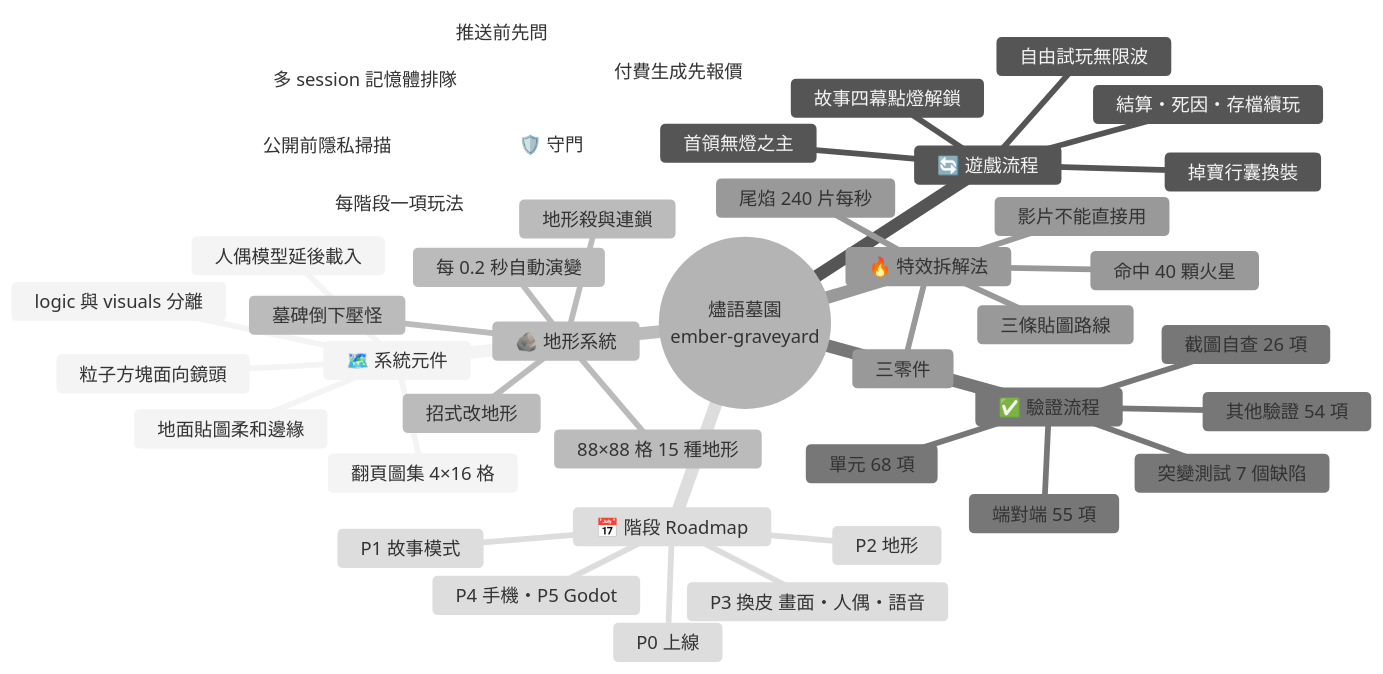
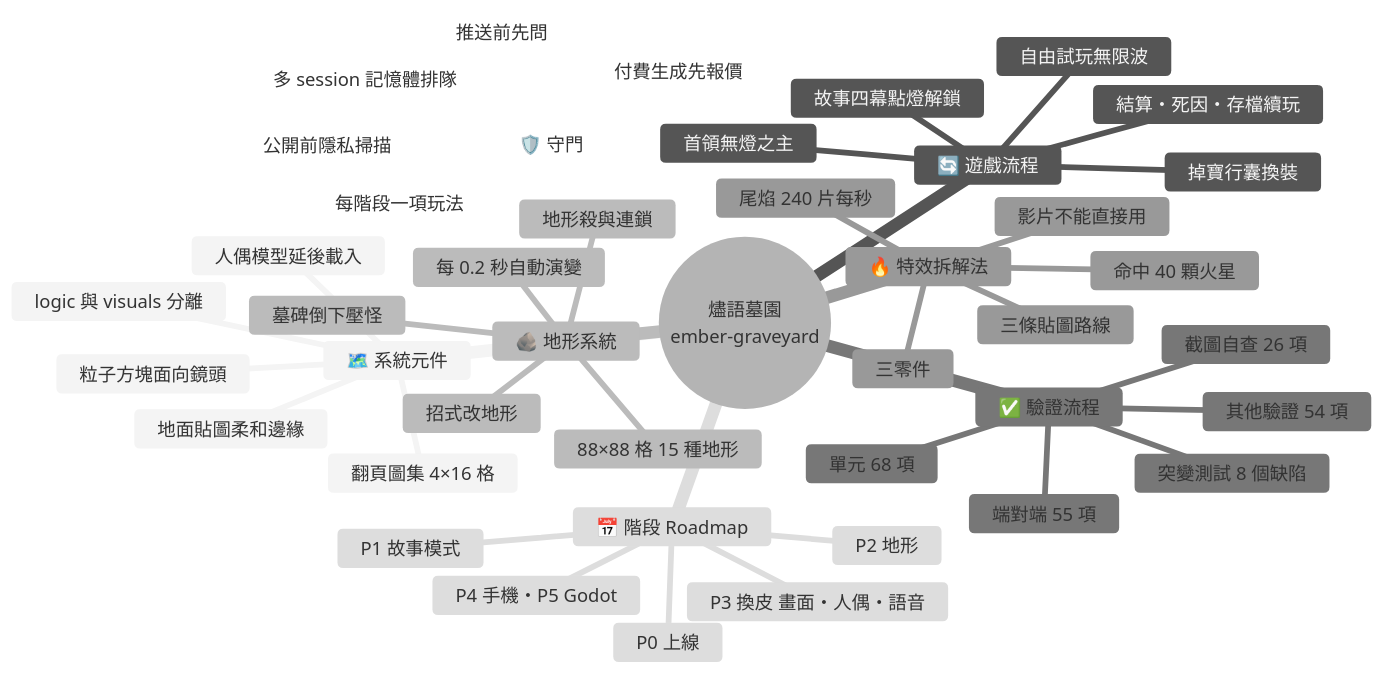
One commit to Lee-unhn/ember-graveyard changed the diagram in docs/diagrams/2026-11-16_EmberGraveyard_P3/mindmap.mmd. Above: the diagram before and after it, drawn with Mermaid (neutral theme). The commit also changed 10 other files, not shown here.

```diff
--- a/docs/diagrams/2026-11-16_EmberGraveyard_P3/mindmap.mmd
+++ b/docs/diagrams/2026-11-16_EmberGraveyard_P3/mindmap.mmd
@@ -1,44 +1,44 @@
 mindmap
   root((燼語墓園<br/>ember-graveyard))
     🗺️ 系統元件
       粒子方塊面向鏡頭
       翻頁圖集 4×16 格
       地面貼圖柔和邊緣
       人偶模型延後載入
       logic 與 visuals 分離
     🔄 遊戲流程
       故事四幕點燈解鎖
       首領無燈之主
       自由試玩無限波
       掉寶行囊換裝
       結算・死因・存檔續玩
     🪨 地形系統
       88×88 格 15 種地形
       招式改地形
       每 0.2 秒自動演變
       地形殺與連鎖
       墓碑倒下壓怪
     ✅ 驗證流程
       單元 68 項
       端對端 55 項
       其他驗證 54 項
       截圖自查 26 項
-      突變測試 7 個缺陷
+      突變測試 8 個缺陷
     🔥 特效拆解法
       影片不能直接用
       三零件
       尾焰 240 片每秒
       命中 40 顆火星
       三條貼圖路線
     📅 階段 Roadmap
       P0 上線
       P1 故事模式
       P2 地形
       P3 換皮 畫面・人偶・語音
       P4 手機・P5 Godot
     🛡️ 守門
       推送前先問
       公開前隱私掃描
       付費生成先報價
       每階段一項玩法
       多 session 記憶體排隊
```
